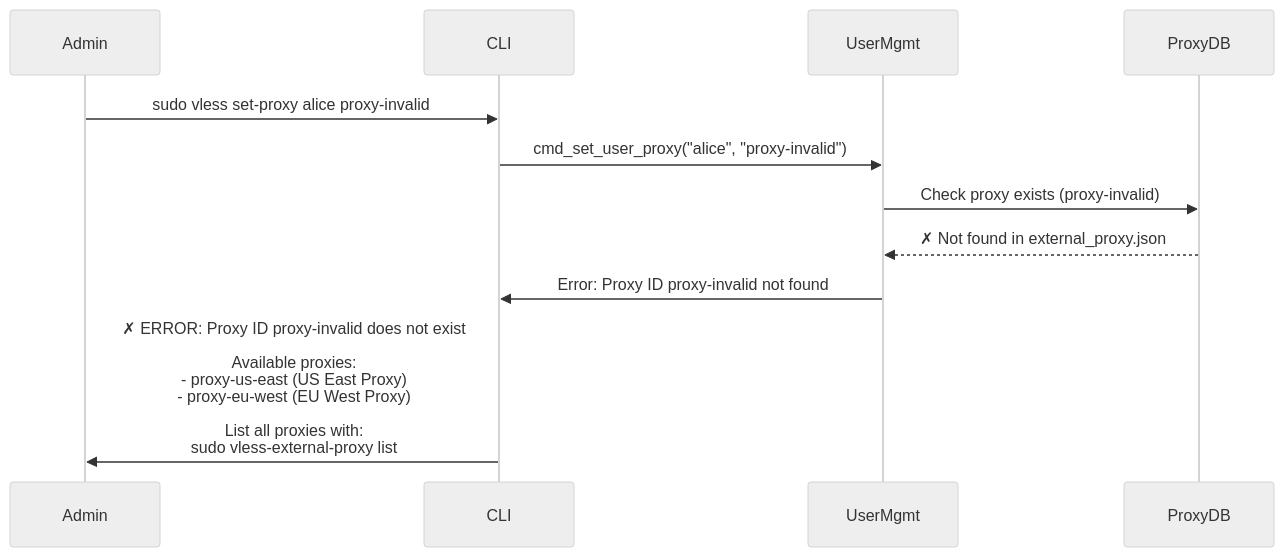
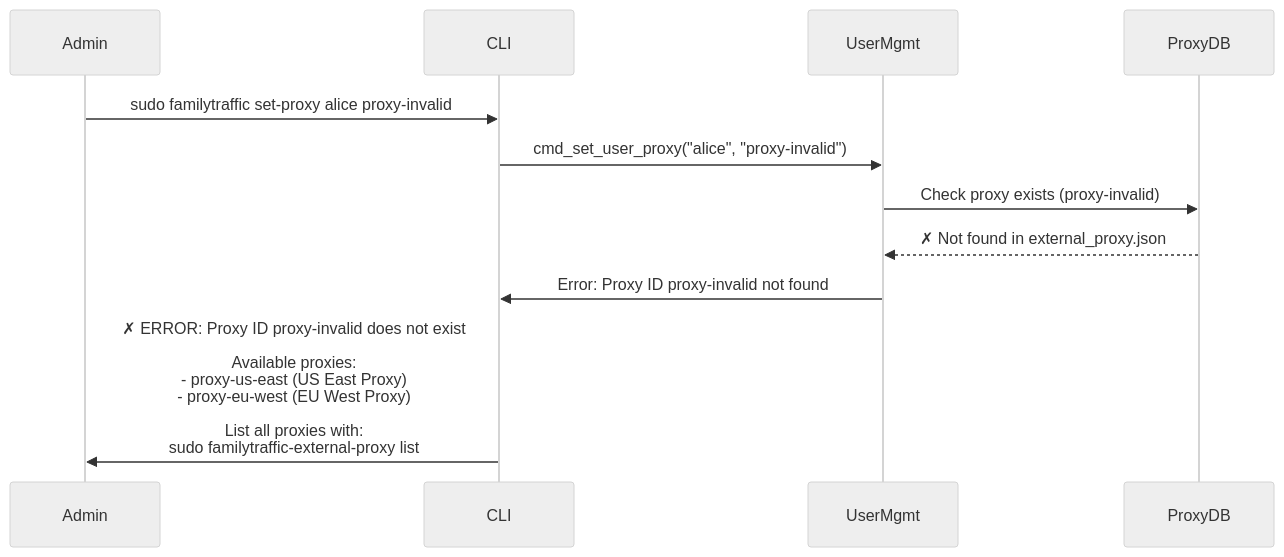
Before and after one commit to ikeniborn/vless: the sixth of 9 diagrams in docs/architecture/diagrams/sequences/proxy-assignment.md, drawn with Mermaid (neutral theme). The commit also changed other lines of this file and 66 other files, not shown here.

First line of the commit message:
refactor(rename): replace old project name 'vless' with 'familytraffic'

````diff
--- a/docs/architecture/diagrams/sequences/proxy-assignment.md
+++ b/docs/architecture/diagrams/sequences/proxy-assignment.md
@@ -304,16 +304,16 @@
 ```mermaid
 sequenceDiagram
     participant Admin
     participant CLI
     participant UserMgmt
     participant ProxyDB
 
-    Admin->>CLI: sudo vless set-proxy alice proxy-invalid
+    Admin->>CLI: sudo familytraffic set-proxy alice proxy-invalid
     CLI->>UserMgmt: cmd_set_user_proxy("alice", "proxy-invalid")
 
     UserMgmt->>ProxyDB: Check proxy exists (proxy-invalid)
     ProxyDB-->>UserMgmt: ✗ Not found in external_proxy.json
 
     UserMgmt->>CLI: Error: Proxy ID proxy-invalid not found
-    CLI->>Admin: ✗ ERROR: Proxy ID proxy-invalid does not exist<br/><br/>Available proxies:<br/> - proxy-us-east (US East Proxy)<br/> - proxy-eu-west (EU West Proxy)<br/><br/>List all proxies with:<br/> sudo vless-external-proxy list
+    CLI->>Admin: ✗ ERROR: Proxy ID proxy-invalid does not exist<br/><br/>Available proxies:<br/> - proxy-us-east (US East Proxy)<br/> - proxy-eu-west (EU West Proxy)<br/><br/>List all proxies with:<br/> sudo familytraffic-external-proxy list
 ```
````
